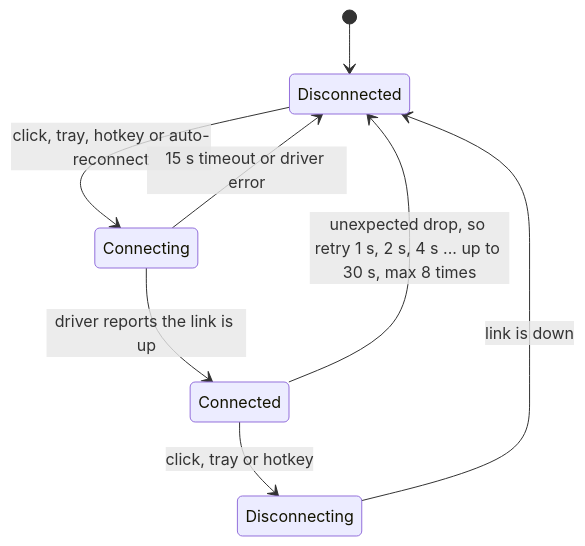
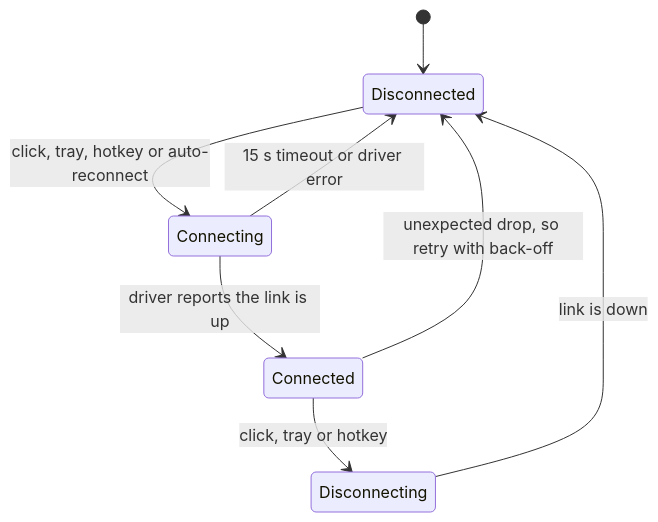
Before and after one commit to shakaibarsalan/BudsBridge: the second of 2 diagrams in README.md, drawn with Mermaid. The commit also changed other lines of this file, not shown here.

````diff
--- a/README.md
+++ b/README.md
@@ -33,10 +113,10 @@
 ```mermaid
 stateDiagram-v2
     [*] --> Disconnected
     Disconnected --> Connecting: click, tray, hotkey or auto-reconnect
     Connecting --> Connected: driver reports the link is up
     Connecting --> Disconnected: 15 s timeout or driver error
     Connected --> Disconnecting: click, tray or hotkey
     Disconnecting --> Disconnected: link is down
-    Connected --> Disconnected: unexpected drop, so retry 1 s, 2 s, 4 s ... up to 30 s, max 8 times
+    Connected --> Disconnected: unexpected drop, so retry with back-off
 ```
````
